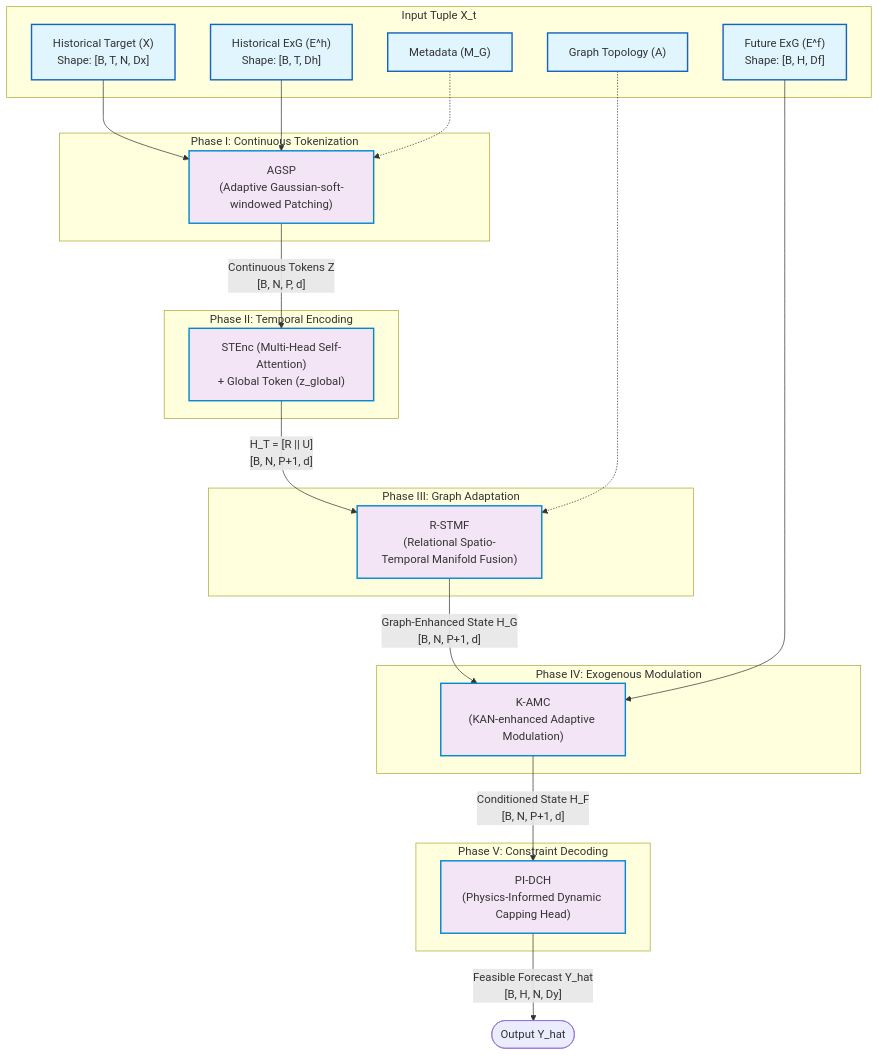
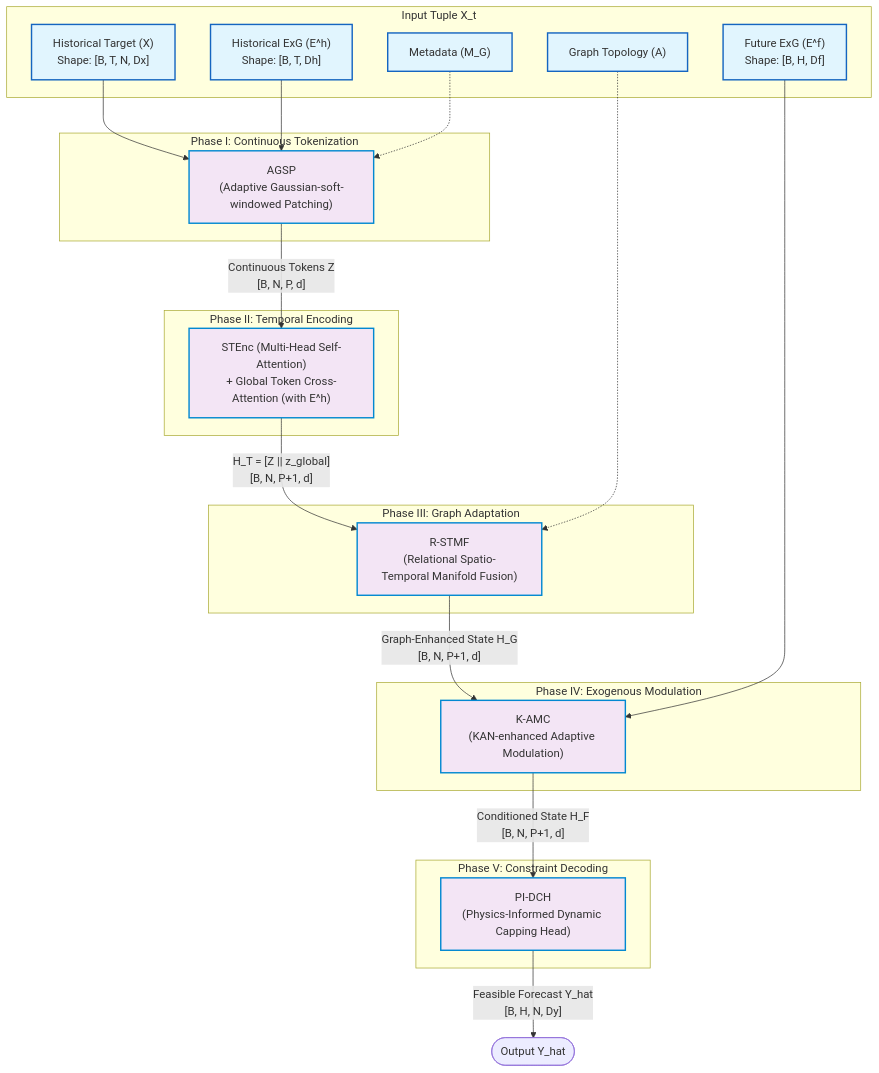
Before and after one commit to MOLATERS/PhyST-Net: the first of 5 diagrams in PhyST-Net_Architecture_CheatSheet.md, drawn with Mermaid. The commit also changed 3 other files, not shown here.

````diff
--- a/PhyST-Net_Architecture_CheatSheet.md
+++ b/PhyST-Net_Architecture_CheatSheet.md
@@ -7,52 +7,52 @@
 ```mermaid
 graph TD
     %% Inputs
     subgraph Inputs ["Input Tuple X_t"]
         X["Historical Target (X)<br/>Shape: [B, T, N, Dx]"]
         Eh["Historical ExG (E^h)<br/>Shape: [B, T, Dh]"]
         Ef["Future ExG (E^f)<br/>Shape: [B, H, Df]"]
         A["Graph Topology (A)"]
         MG["Metadata (M_G)"]
     end
 
     %% Phase I
     X & Eh --> AGSP
     MG -.-> AGSP
     subgraph Phase1 ["Phase I: Continuous Tokenization"]
         AGSP["AGSP<br/>(Adaptive Gaussian-soft-windowed Patching)"]
     end
     AGSP -- "Continuous Tokens Z<br/>[B, N, P, d]" --> STEnc
 
     %% Phase II
     subgraph Phase2 ["Phase II: Temporal Encoding"]
-        STEnc["STEnc (Multi-Head Self-Attention)<br/>+ Global Token (z_global)"]
+        STEnc["STEnc (Multi-Head Self-Attention)<br/>+ Global Token Cross-Attention (with E^h)"]
     end
-    STEnc -- "H_T = [R || U]<br/>[B, N, P+1, d]" --> RSTMF
+    STEnc -- "H_T = [Z || z_global]<br/>[B, N, P+1, d]" --> RSTMF
 
     %% Phase III
     A -.-> RSTMF
     subgraph Phase3 ["Phase III: Graph Adaptation"]
         RSTMF["R-STMF<br/>(Relational Spatio-Temporal Manifold Fusion)"]
     end
     RSTMF -- "Graph-Enhanced State H_G<br/>[B, N, P+1, d]" --> KAMC
 
     %% Phase IV
     Ef --> KAMC
     subgraph Phase4 ["Phase IV: Exogenous Modulation"]
         KAMC["K-AMC<br/>(KAN-enhanced Adaptive Modulation)"]
     end
     KAMC -- "Conditioned State H_F<br/>[B, N, P+1, d]" --> PIDCH
 
     %% Phase V
     subgraph Phase5 ["Phase V: Constraint Decoding"]
         PIDCH["PI-DCH<br/>(Physics-Informed Dynamic Capping Head)"]
     end
     
     %% Output
     PIDCH -- "Feasible Forecast Y_hat<br/>[B, H, N, Dy]" --> Output(["Output Y_hat"])
 
     classDef input fill:#e1f5fe,stroke:#1565c0,stroke-width:2px;
     classDef phase fill:#f3e5f5,stroke:#0288d1,stroke-width:2px;
     class X,Eh,Ef,A,MG input;
     class AGSP,STEnc,RSTMF,KAMC,PIDCH phase;
 ```
````
